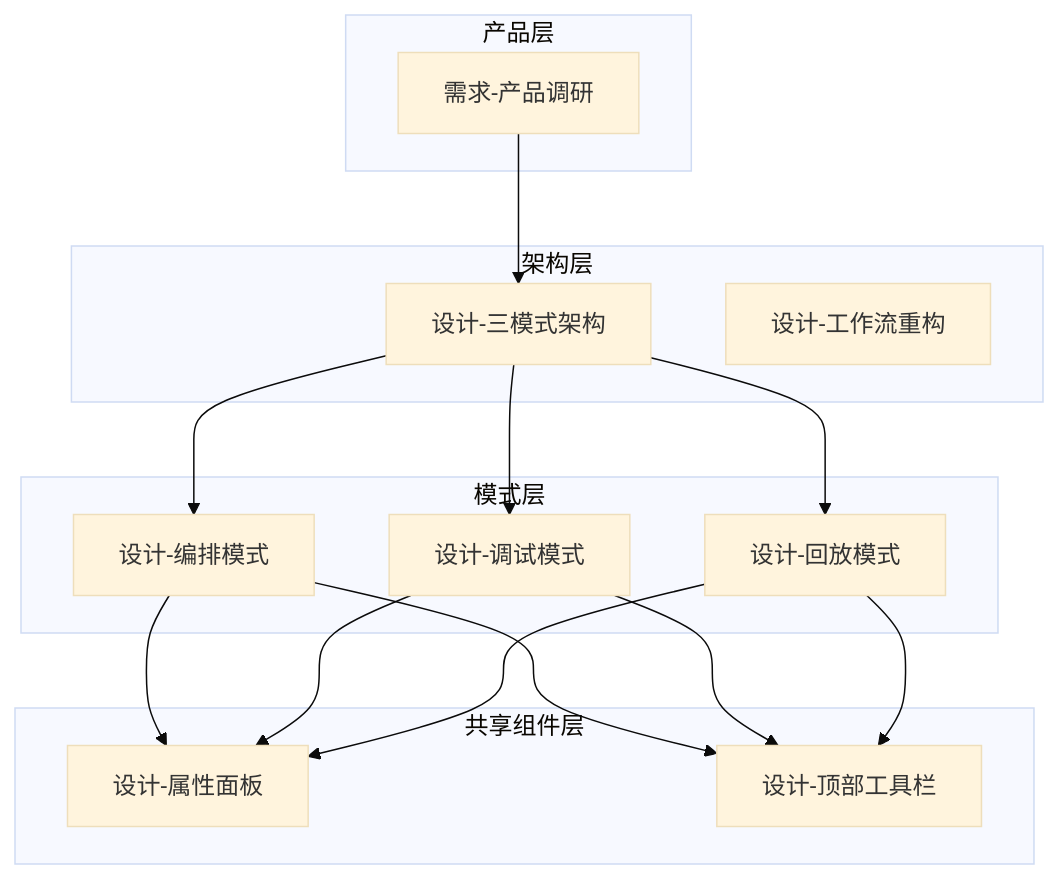
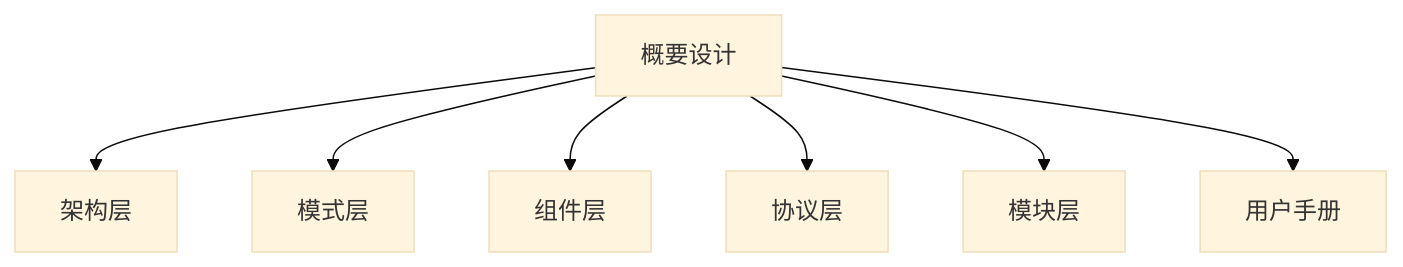
The diagram in docs/概要设计.md (Zwhy2025/bt-web-studio), drawn with Mermaid (base theme) before and after one commit. The commit also changed other lines of this file and 35 other files, not shown here.

````diff
--- a/docs/概要设计.md
+++ b/docs/概要设计.md
@@ -15,29 +13,9 @@
 ```mermaid
-graph TB
-    subgraph 产品层
-        Req[需求-产品调研]
-    end
-    subgraph 架构层
-        Arch[设计-三模式架构]
-        Workflow[设计-工作流重构]
-    end
-    subgraph 模式层
-        Composer[设计-编排模式]
-        Debug[设计-调试模式]
-        Replay[设计-回放模式]
-    end
-    subgraph 共享组件层
-        Prop[设计-属性面板]
-        Toolbar[设计-顶部工具栏]
-    end
-    Req --> Arch
-    Arch --> Composer
-    Arch --> Debug
-    Arch --> Replay
-    Composer --> Prop
-    Debug --> Prop
-    Replay --> Prop
-    Composer --> Toolbar
-    Debug --> Toolbar
-    Replay --> Toolbar
+graph TD
+    A[概要设计] --> B[架构层]
+    A --> C[模式层]
+    A --> D[组件层]
+    A --> E[协议层]
+    A --> F[模块层]
+    A --> G[用户手册]
 ```
````
